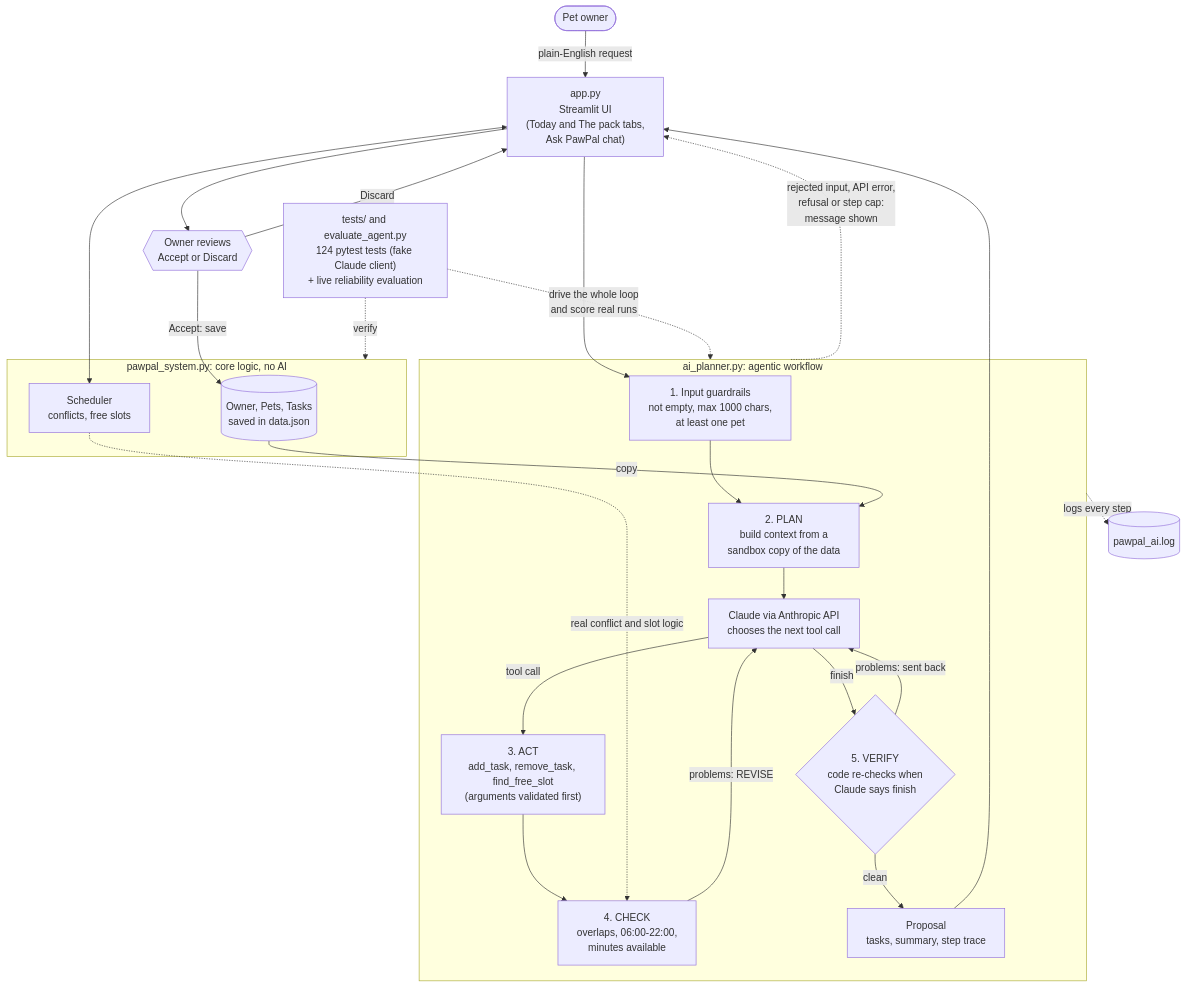
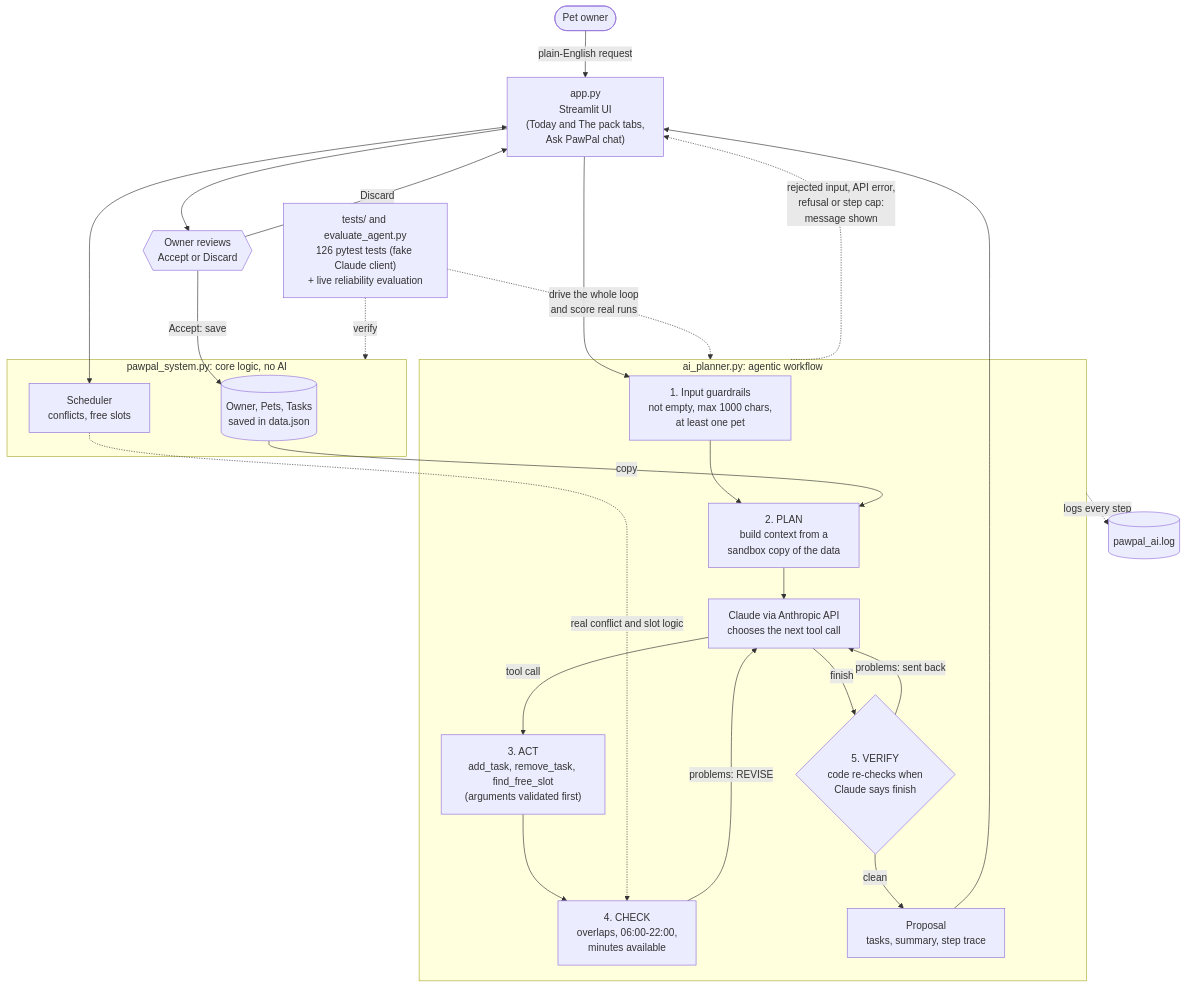
One commit to bior-m16/applied-ai-system-project changed the diagram in README.md. Above: the diagram before and after it, drawn with Mermaid. The commit also changed other lines of this file and 5 other files, not shown here.

````diff
--- a/README.md
+++ b/README.md
@@ -17,55 +17,55 @@
 ```mermaid
 ﻿flowchart TD
     %% PawPal+ architecture with the AI planning agent.
     %% Solid arrows = data flow. Dotted arrows = checking, logging and testing.
     %% The hexagon is the human decision point.
 
     User([Pet owner])
     App["app.py<br/>Streamlit UI<br/>(Today and The pack tabs,<br/>Ask PawPal chat)"]
 
     subgraph Core["pawpal_system.py: core logic, no AI"]
         Owner[("Owner, Pets, Tasks<br/>saved in data.json")]
         Scheduler["Scheduler<br/>conflicts, free slots"]
     end
 
     subgraph Agent["ai_planner.py: agentic workflow"]
         Input["1. Input guardrails<br/>not empty, max 1000 chars,<br/>at least one pet"]
         Context["2. PLAN<br/>build context from a<br/>sandbox copy of the data"]
         Claude["Claude via Anthropic API<br/>chooses the next tool call"]
         Tools["3. ACT<br/>add_task, remove_task, find_free_slot<br/>(arguments validated first)"]
         Check["4. CHECK<br/>overlaps, 06:00-22:00,<br/>minutes available"]
         Verify{"5. VERIFY<br/>code re-checks when<br/>Claude says finish"}
         Proposal["Proposal<br/>tasks, summary, step trace"]
     end
 
     Human{{"Owner reviews<br/>Accept or Discard"}}
     Log[("pawpal_ai.log")]
-    Tests["tests/ and evaluate_agent.py<br/>124 pytest tests (fake Claude client)<br/>+ live reliability evaluation"]
+    Tests["tests/ and evaluate_agent.py<br/>126 pytest tests (fake Claude client)<br/>+ live reliability evaluation"]
 
     %% Input -> process -> output
     User -->|"plain-English request"| App
     App --> Input
     Input --> Context
     Owner -->|"copy"| Context
     Context --> Claude
     Claude -->|"tool call"| Tools
     Tools --> Check
     Check -->|"problems: REVISE"| Claude
     Claude -->|"finish"| Verify
     Verify -->|"problems: sent back"| Claude
     Verify -->|"clean"| Proposal
     Proposal --> App
     App --> Human
     Human -->|"Accept: save"| Owner
     Human -->|"Discard"| App
 
     %% Normal app use and error paths
     App <--> Scheduler
     Scheduler -.->|"real conflict and slot logic"| Check
     Agent -.->|"rejected input, API error,<br/>refusal or step cap:<br/>message shown"| App
 
     %% Logging and testing
     Agent -.->|"logs every step"| Log
     Tests -.->|"verify"| Core
     Tests -.->|"drive the whole loop<br/>and score real runs"| Agent
 ```
````
